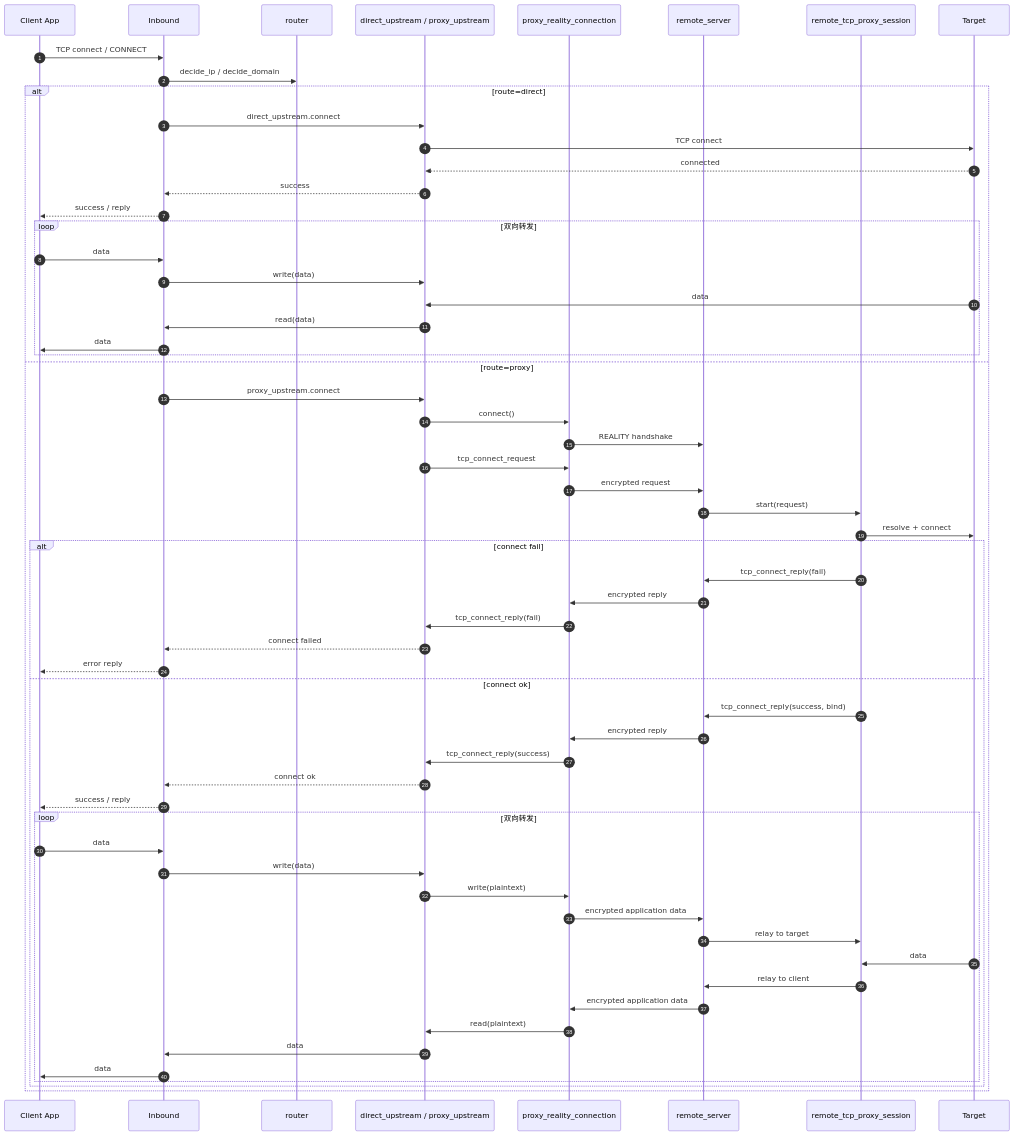
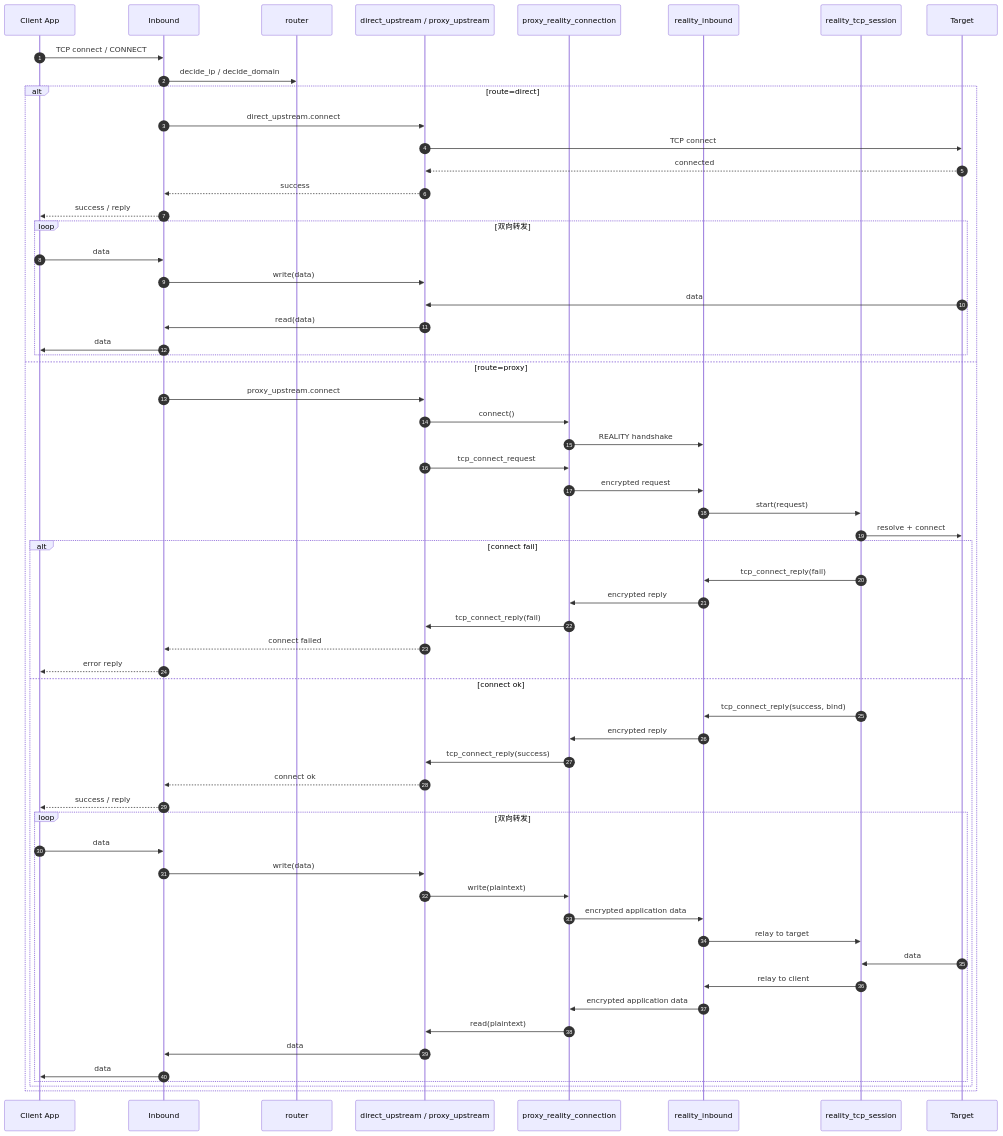
The second of 5 diagrams in doc/flow.md (gyl30/socks), drawn with Mermaid before and after one commit. The commit also changed other lines of this file and 3 other files, not shown here.

Commit message:
docs(architecture): 同步重构后的入口和reality命名

````diff
--- a/doc/flow.md
+++ b/doc/flow.md
@@ -56,66 +56,66 @@
 ```mermaid
 sequenceDiagram
   autonumber
   participant App as Client App
   participant Inb as Inbound
   participant Router as router
   participant Up as direct_upstream / proxy_upstream
   participant Conn as proxy_reality_connection
-  participant Server as remote_server
-  participant RTcp as remote_tcp_proxy_session
+  participant Server as reality_inbound
+  participant RTcp as reality_tcp_session
   participant Target as Target
 
   App->>Inb: TCP connect / CONNECT
   Inb->>Router: decide_ip / decide_domain
 
   alt route=direct
     Inb->>Up: direct_upstream.connect
     Up->>Target: TCP connect
     Target-->>Up: connected
     Up-->>Inb: success
     Inb-->>App: success / reply
     loop 双向转发
       App->>Inb: data
       Inb->>Up: write(data)
       Target->>Up: data
       Up->>Inb: read(data)
       Inb->>App: data
     end
   else route=proxy
     Inb->>Up: proxy_upstream.connect
     Up->>Conn: connect()
     Conn->>Server: REALITY handshake
     Up->>Conn: tcp_connect_request
     Conn->>Server: encrypted request
     Server->>RTcp: start(request)
     RTcp->>Target: resolve + connect
 
     alt connect fail
       RTcp->>Server: tcp_connect_reply(fail)
       Server->>Conn: encrypted reply
       Conn->>Up: tcp_connect_reply(fail)
       Up-->>Inb: connect failed
       Inb-->>App: error reply
     else connect ok
       RTcp->>Server: tcp_connect_reply(success, bind)
       Server->>Conn: encrypted reply
       Conn->>Up: tcp_connect_reply(success)
       Up-->>Inb: connect ok
       Inb-->>App: success / reply
 
       loop 双向转发
         App->>Inb: data
         Inb->>Up: write(data)
         Up->>Conn: write(plaintext)
         Conn->>Server: encrypted application data
         Server->>RTcp: relay to target
         Target->>RTcp: data
         RTcp->>Server: relay to client
         Server->>Conn: encrypted application data
         Conn->>Up: read(plaintext)
         Up->>Inb: data
         Inb->>App: data
       end
     end
   end
 ```
````
